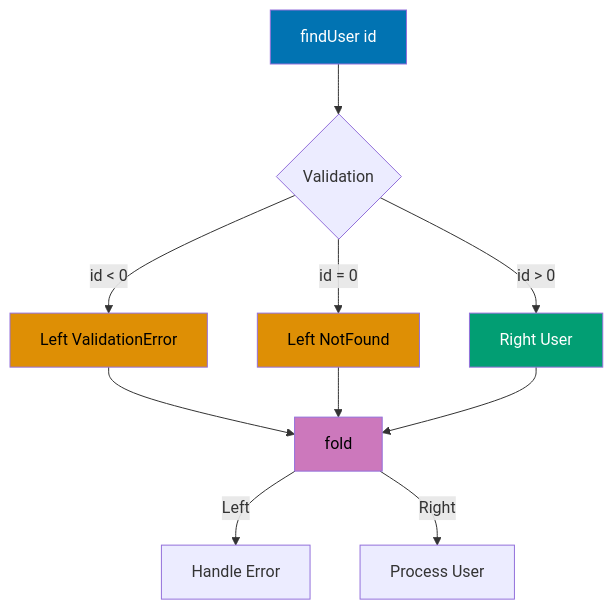
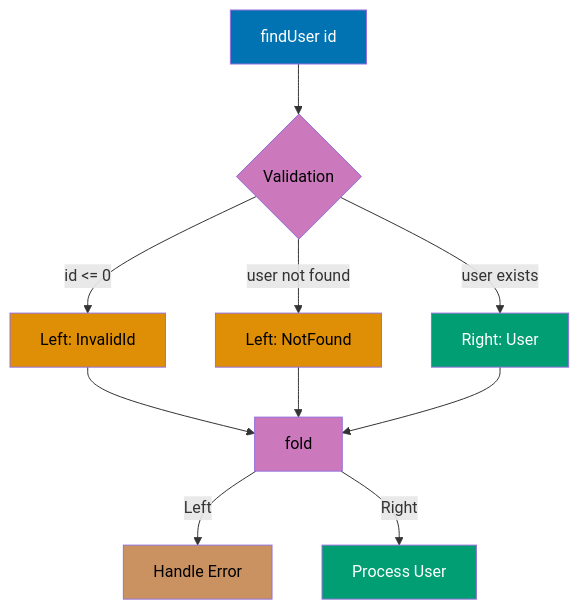
Before and after one commit to wahidyankf/open-sharia-enterprise: the third of 4 diagrams in apps/ayokoding-web/content/en/learn/software-engineering/programming-languages/kotlin/tutorials/by-example/advanced.md, drawn with Mermaid. The commit also changed other lines of this file and 6 other files, not shown here.

````diff
--- a/apps/ayokoding-web/content/en/learn/software-engineering/programming-languages/kotlin/tutorials/by-example/advanced.md
+++ b/apps/ayokoding-web/content/en/learn/software-engineering/programming-languages/kotlin/tutorials/by-example/advanced.md
@@ -929,20 +1227,24 @@
 ```mermaid
+%% Either flow showing left (error) and right (success) paths
 graph TD
     A[findUser id] --> B{Validation}
-    B -->|id < 0| C[Left ValidationError]
-    B -->|id = 0| D[Left NotFound]
-    B -->|id > 0| E[Right User]
+    B -->|id <= 0| C[Left: InvalidId]
+    B -->|user not found| D[Left: NotFound]
+    B -->|user exists| E[Right: User]
 
     C --> F[fold]
     D --> F
     E --> F
 
     F -->|Left| G[Handle Error]
     F -->|Right| H[Process User]
 
     style A fill:#0173B2,color:#fff
+    style B fill:#CC78BC,color:#000
     style C fill:#DE8F05,color:#000
     style D fill:#DE8F05,color:#000
     style E fill:#029E73,color:#fff
     style F fill:#CC78BC,color:#000
+    style G fill:#CA9161,color:#000
+    style H fill:#029E73,color:#fff
 ```
````
